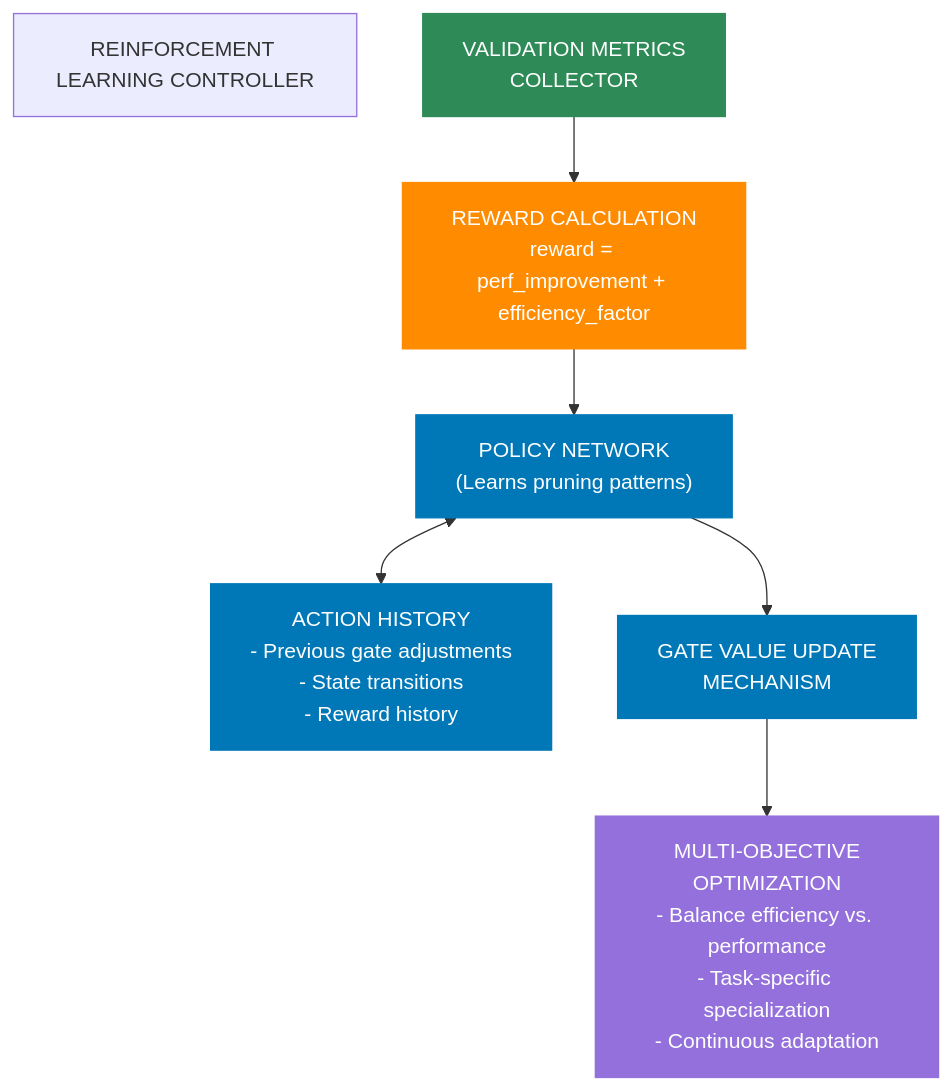
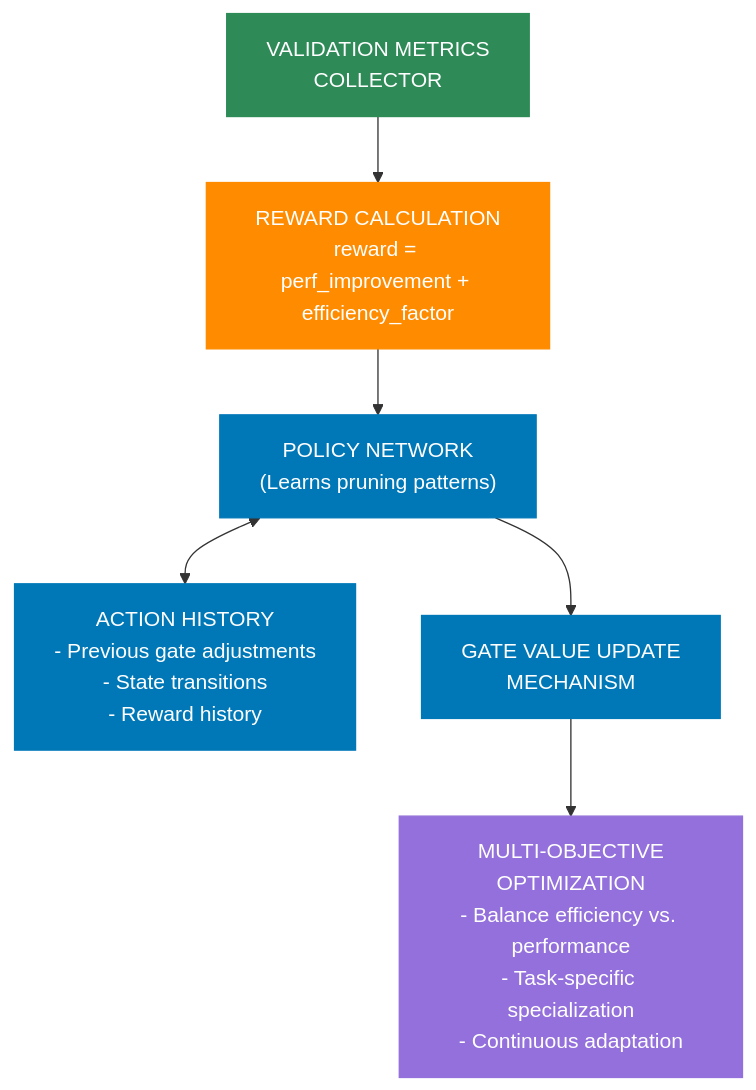
One commit to CambrianTech/sentinel-ai changed the fifth of 6 diagrams in README.md. Above: the diagram before and after it, drawn with Mermaid. The commit also changed other lines of this file and 1 other file, not shown here.

First line of the commit message:
Fix/diagram colors and captions (#34)

````diff
--- a/README.md
+++ b/README.md
@@ -479,34 +472,32 @@
 ```mermaid
 flowchart TD
     classDef standard fill:#333,stroke:#333,stroke-width:1px,color:#fff
     classDef metrics fill:#2e8b57,stroke:#2e8b57,stroke-width:1px,color:#fff
     classDef reward fill:#ff8c00,stroke:#ff8c00,stroke-width:1px,color:#fff
     classDef policy fill:#0078b8,stroke:#0078b8,stroke-width:1px,color:#fff
     classDef optimization fill:#9370db,stroke:#9370db,stroke-width:1px,color:#fff
     
     %% Main Components
-    header["REINFORCEMENT LEARNING CONTROLLER"]
     metrics["VALIDATION METRICS<br/>COLLECTOR"]
     reward["REWARD CALCULATION<br/>reward = perf_improvement + efficiency_factor"]
     policy["POLICY NETWORK<br/>(Learns pruning patterns)"]
     history["ACTION HISTORY<br/>- Previous gate adjustments<br/>- State transitions<br/>- Reward history"]
     update["GATE VALUE UPDATE<br/>MECHANISM"]
     optimization["MULTI-OBJECTIVE<br/>OPTIMIZATION<br/>- Balance efficiency vs. performance<br/>- Task-specific specialization<br/>- Continuous adaptation"]
     
     %% Connections
         
     metrics --> reward
     reward --> policy
     policy <--> history
     policy --> update
     update --> optimization
     
     %% Styling
-    header:::header
     metrics:::metrics
     reward:::reward
     policy:::policy
     history:::policy
     update:::policy
     optimization:::optimization
 ```
````
